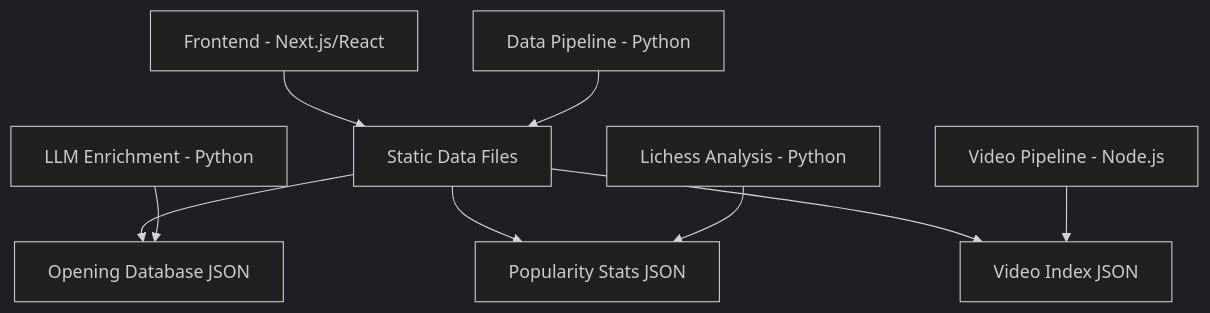
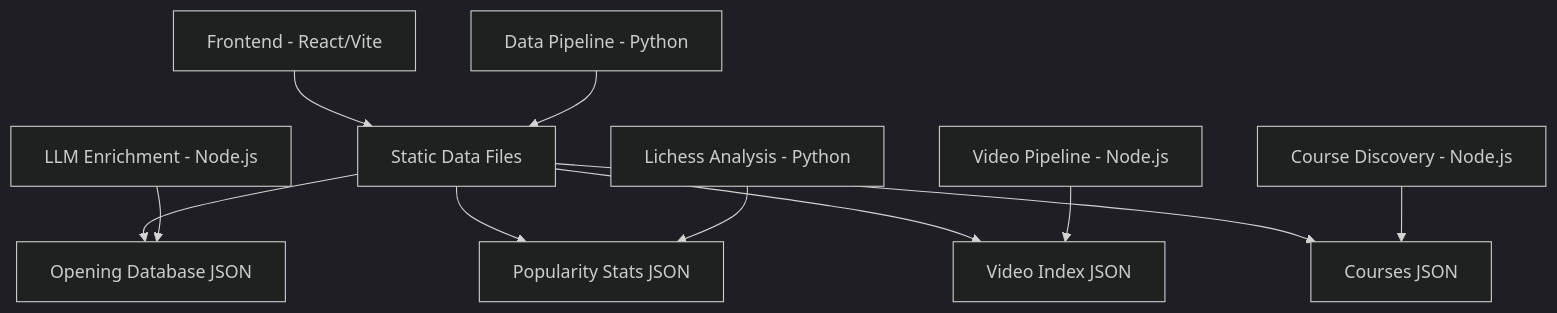
The diagram in .github/instructions/project-overview.instructions.md (Freddiekinns/chess-opening-explorer), drawn with Mermaid (dark theme) before and after one commit. The commit also changed other lines of this file and 3 other files, not shown here.

````diff
--- a/.github/instructions/project-overview.instructions.md
+++ b/.github/instructions/project-overview.instructions.md
@@ -49,12 +57,14 @@
 ```mermaid
 graph TD
-    A[Frontend - Next.js/React] --> B[Static Data Files]
+    A[Frontend - React/Vite] --> B[Static Data Files]
     B --> C[Opening Database JSON]
     B --> D[Popularity Stats JSON]
     B --> E[Video Index JSON]
+    B --> K[Courses JSON]
 
     F[Data Pipeline - Python] --> B
     G[Video Pipeline - Node.js] --> E
-    H[LLM Enrichment - Python] --> C
+    H[LLM Enrichment - Node.js] --> C
     I[Lichess Analysis - Python] --> D
+    J[Course Discovery - Node.js] --> K
 ```
````
